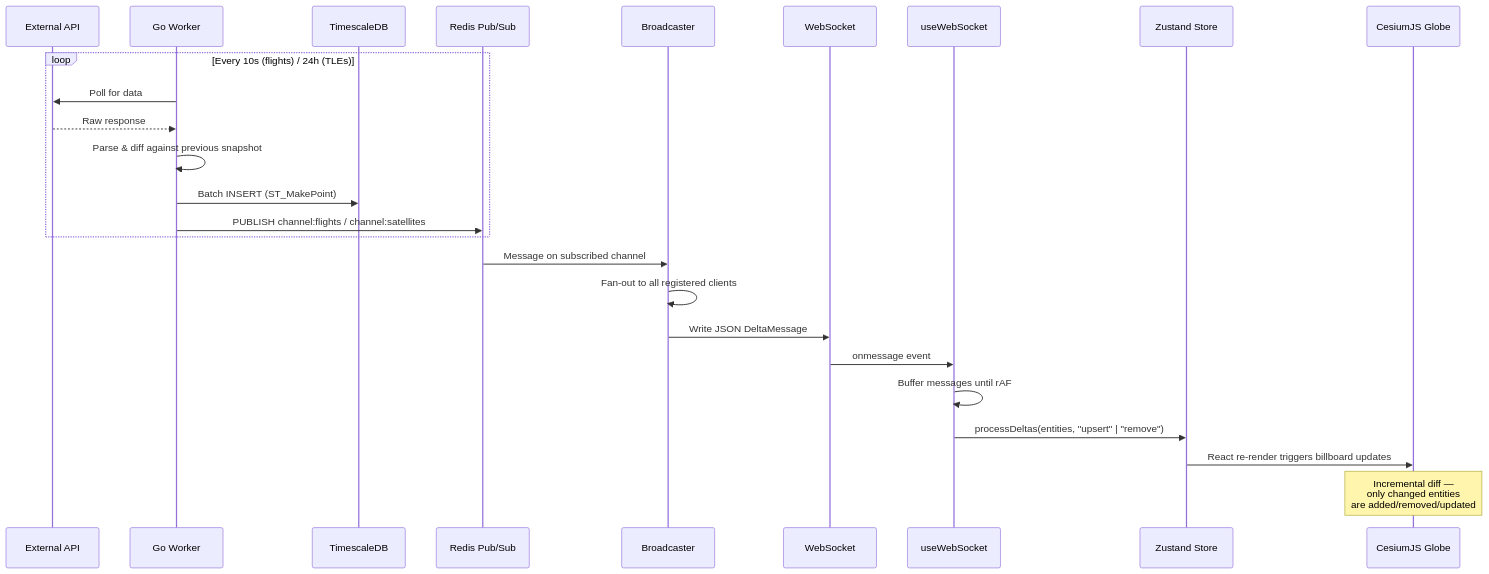
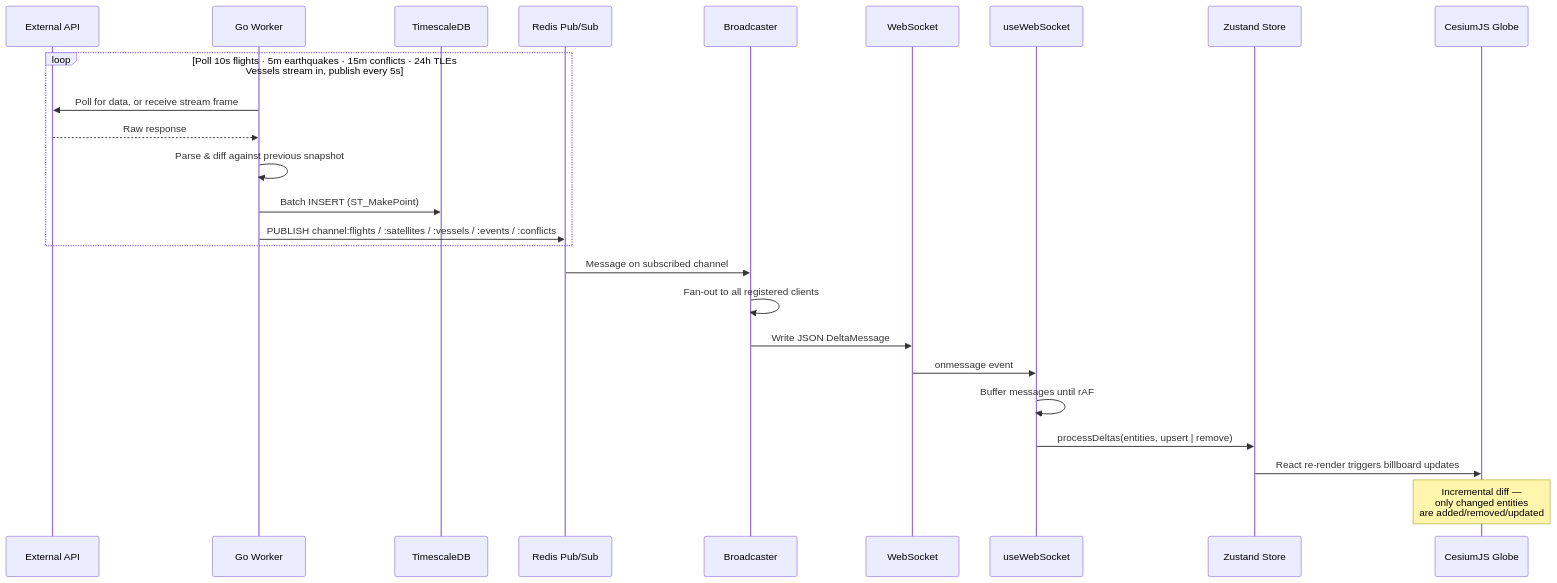
Before and after one commit to joshuadarron/godseye: the second of 7 diagrams in ARCHITECTURE.md, drawn with Mermaid. The commit also changed other lines of this file and 2 other files, not shown here.

First line of the commit message:
docs: sync architecture docs with shipped layers

````diff
--- a/ARCHITECTURE.md
+++ b/ARCHITECTURE.md
@@ -148,31 +189,31 @@
 ```mermaid
 sequenceDiagram
   participant API as External API
   participant Worker as Go Worker
   participant DB as TimescaleDB
   participant Redis as Redis Pub/Sub
   participant BC as Broadcaster
   participant WS as WebSocket
   participant Hook as useWebSocket
   participant Store as Zustand Store
   participant Globe as CesiumJS Globe
 
-  loop Every 10s (flights) / 24h (TLEs)
-    Worker->>API: Poll for data
+  loop Poll 10s flights · 5m earthquakes · 15m conflicts · 24h TLEs<br/>Vessels stream in, publish every 5s
+    Worker->>API: Poll for data, or receive stream frame
     API-->>Worker: Raw response
     Worker->>Worker: Parse & diff against previous snapshot
     Worker->>DB: Batch INSERT (ST_MakePoint)
-    Worker->>Redis: PUBLISH channel:flights / channel:satellites
+    Worker->>Redis: PUBLISH channel:flights / :satellites / :vessels / :events / :conflicts
   end
 
   Redis->>BC: Message on subscribed channel
   BC->>BC: Fan-out to all registered clients
   BC->>WS: Write JSON DeltaMessage
 
   WS->>Hook: onmessage event
   Hook->>Hook: Buffer messages until rAF
-  Hook->>Store: processDeltas(entities, "upsert" | "remove")
+  Hook->>Store: processDeltas(entities, upsert | remove)
   Store->>Globe: React re-render triggers billboard updates
 
   Note over Globe: Incremental diff —<br/>only changed entities<br/>are added/removed/updated
 ```
````
